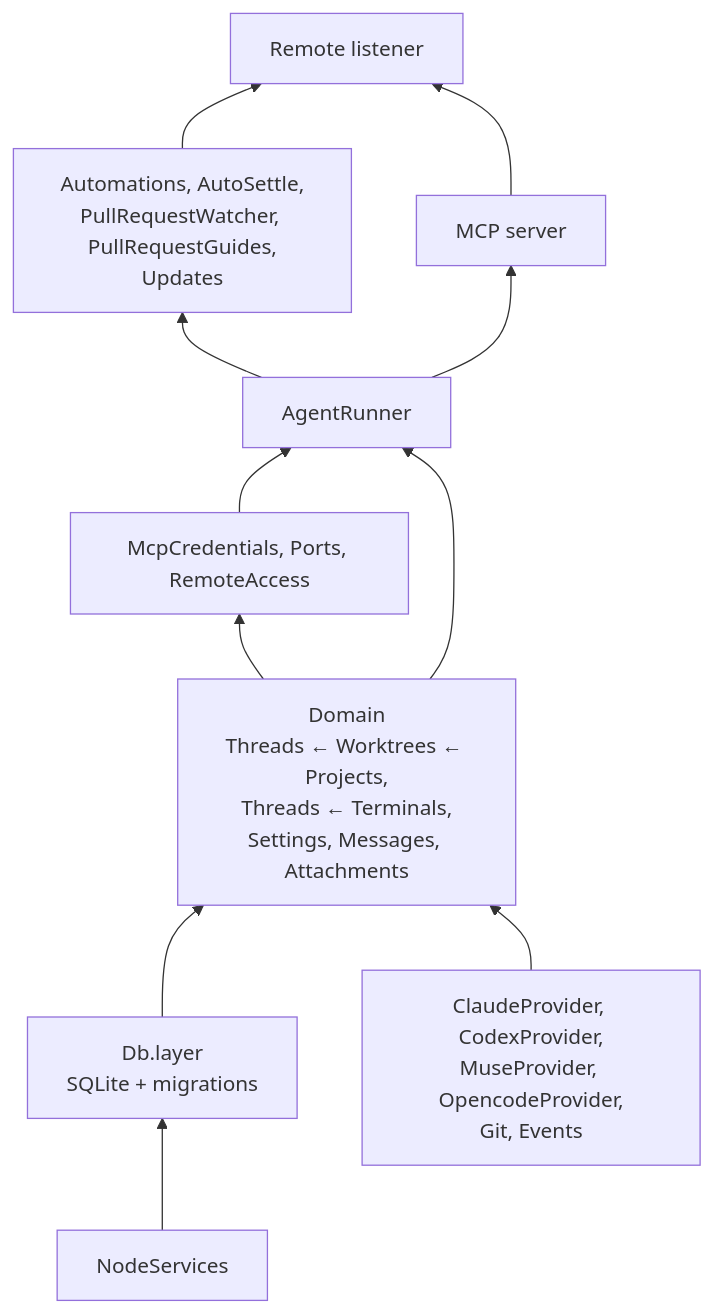
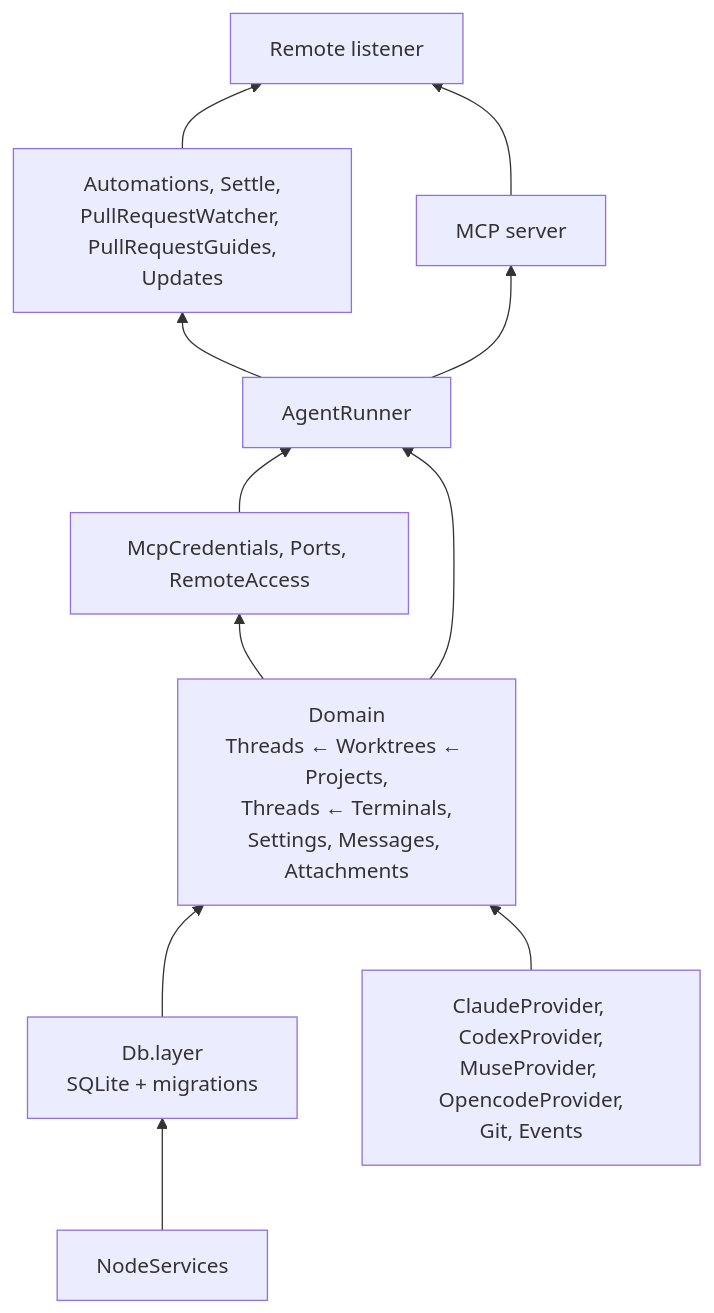
One commit to hinadev-ai/hinacode changed the fourth of 19 diagrams in docs/arch.md. Above: the diagram before and after it, drawn with Mermaid. The commit also changed other lines of this file and 6 other files, not shown here.

````diff
--- a/docs/arch.md
+++ b/docs/arch.md
@@ -126,20 +126,20 @@
 ```mermaid
 flowchart BT
   node["NodeServices"]
   db["Db.layer<br/>SQLite + migrations"]
   infra["ClaudeProvider, CodexProvider,<br/>MuseProvider, OpencodeProvider,<br/>Git, Events"]
   domain["Domain<br/>Threads ← Worktrees ← Projects,<br/>Threads ← Terminals,<br/>Settings, Messages, Attachments"]
   features["McpCredentials, Ports, RemoteAccess"]
   runner["AgentRunner"]
-  autos["Automations, AutoSettle,<br/>PullRequestWatcher, PullRequestGuides,<br/>Updates"]
+  autos["Automations, Settle,<br/>PullRequestWatcher, PullRequestGuides,<br/>Updates"]
   mcp["MCP server"]
   remote["Remote listener"]
 
   node --> db --> domain
   infra --> domain
   domain --> features --> runner
   domain --> runner
   runner --> autos
   runner --> mcp
   autos & mcp --> remote
 ```
````
